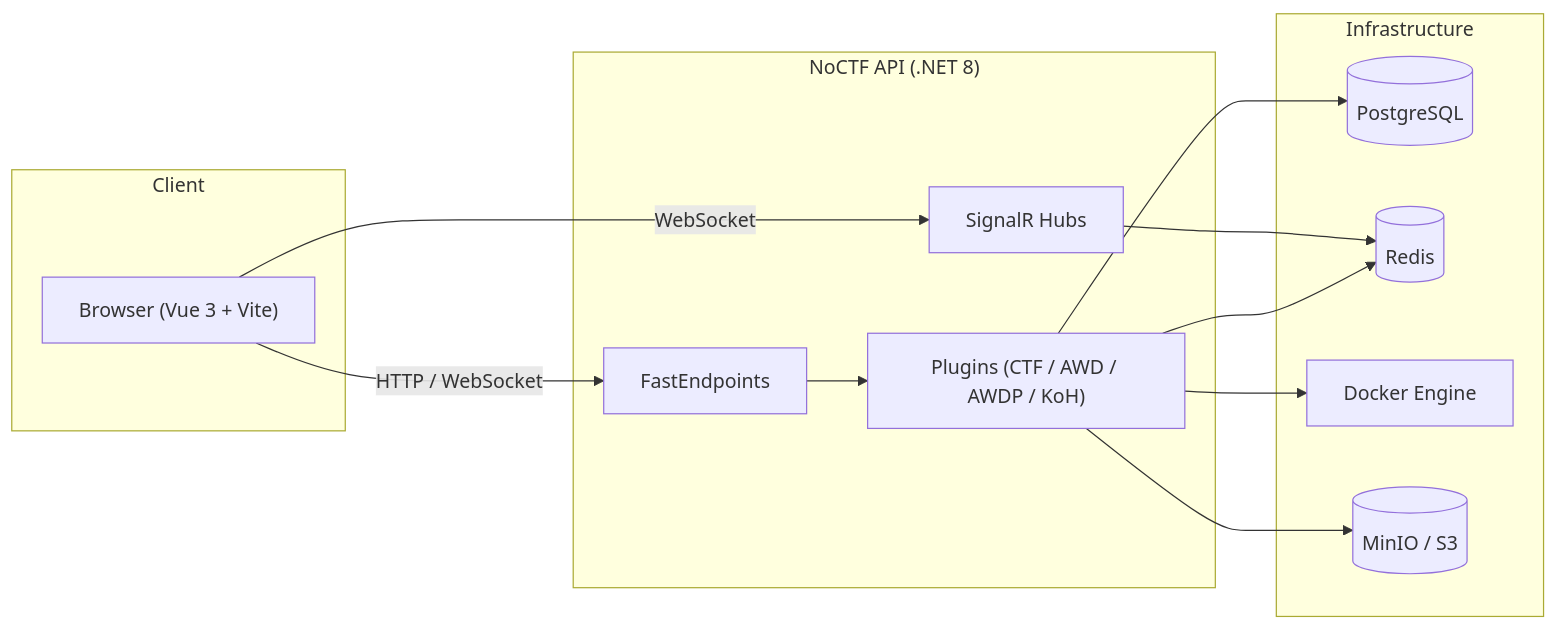
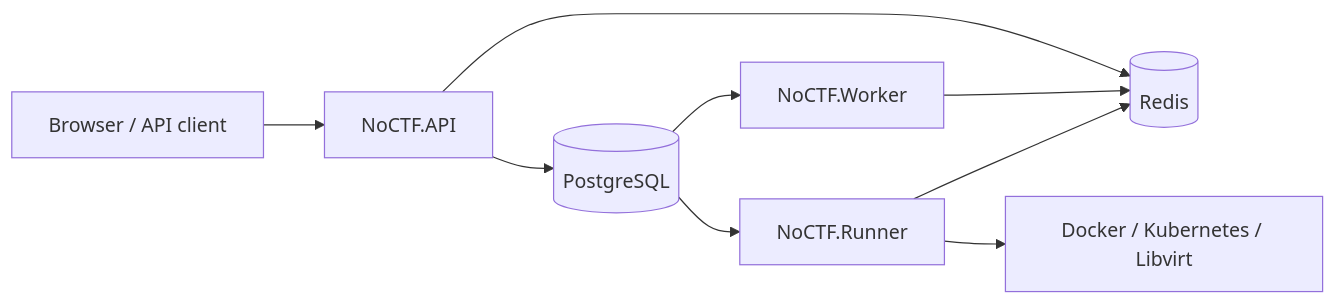
The diagram in README.md (D1no209/NoCTF), drawn with Mermaid before and after one commit. The commit also changed other lines of this file and 2 other files, not shown here.

````diff
--- a/README.md
+++ b/README.md
@@ -89,28 +25,11 @@
 ```mermaid
 flowchart LR
-    subgraph Client
-        Browser["Browser (Vue 3 + Vite)"]
-    end
-
-    subgraph API["NoCTF API (.NET 8)"]
-        FE["FastEndpoints"]
-        Hubs["SignalR Hubs"]
-        Plugins["Plugins (CTF / AWD / AWDP / KoH)"]
-    end
-
-    subgraph Infra["Infrastructure"]
-        PG[(PostgreSQL)]
-        Redis[(Redis)]
-        Docker["Docker Engine"]
-        MinIO[(MinIO / S3)]
-    end
-
-    Browser -->|HTTP / WebSocket| FE
-    Browser -->|WebSocket| Hubs
-    FE --> Plugins
-    Hubs --> Redis
-    Plugins --> PG
-    Plugins --> Redis
-    Plugins --> Docker
-    Plugins --> MinIO
+    Browser["Browser / API client"] --> API["NoCTF.API"]
+    API --> PostgreSQL[("PostgreSQL")]
+    API --> Redis[("Redis")]
+    PostgreSQL --> Worker["NoCTF.Worker"]
+    PostgreSQL --> Runner["NoCTF.Runner"]
+    Worker --> Redis
+    Runner --> Redis
+    Runner --> Providers["Docker / Kubernetes / Libvirt"]
 ```
````
